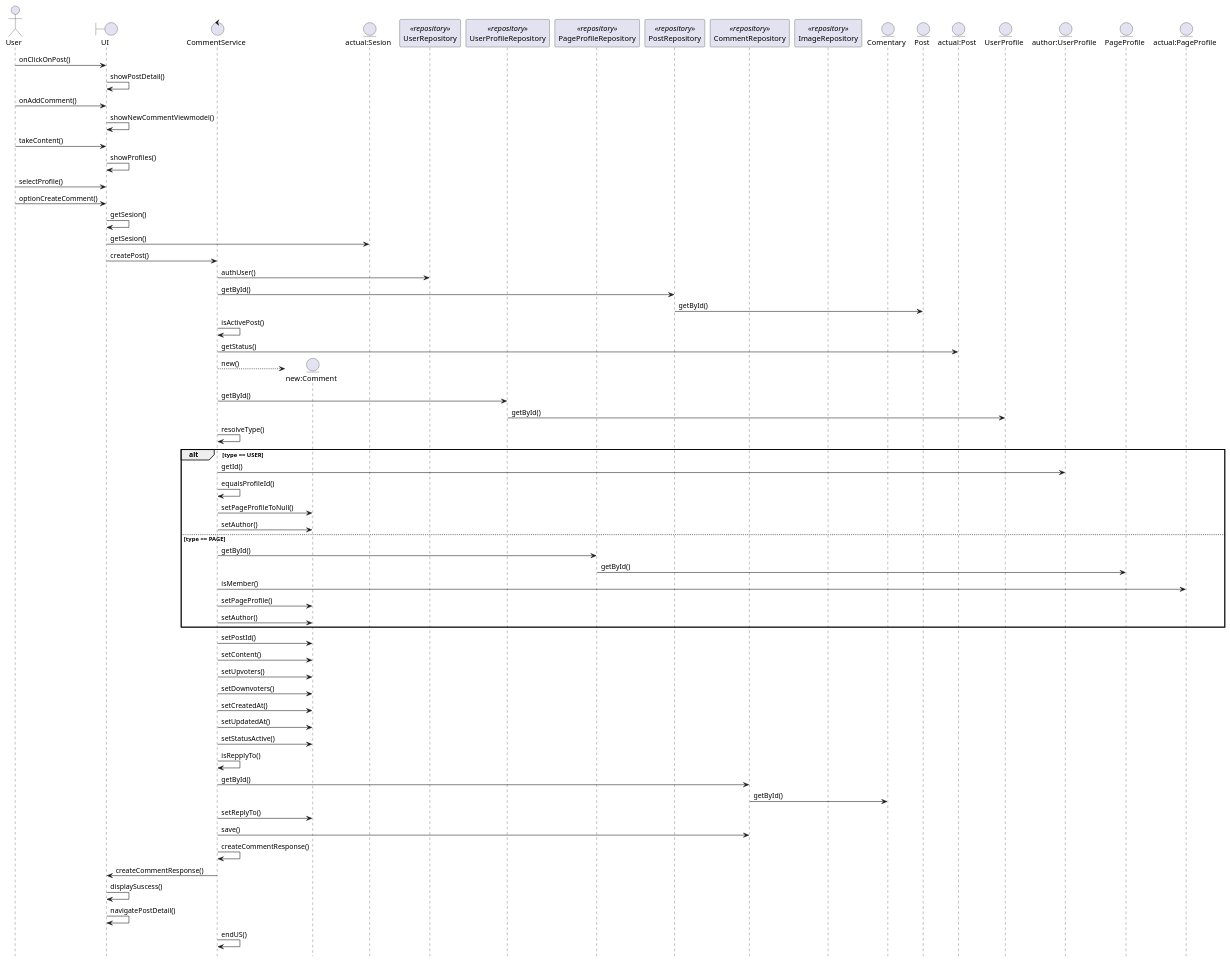
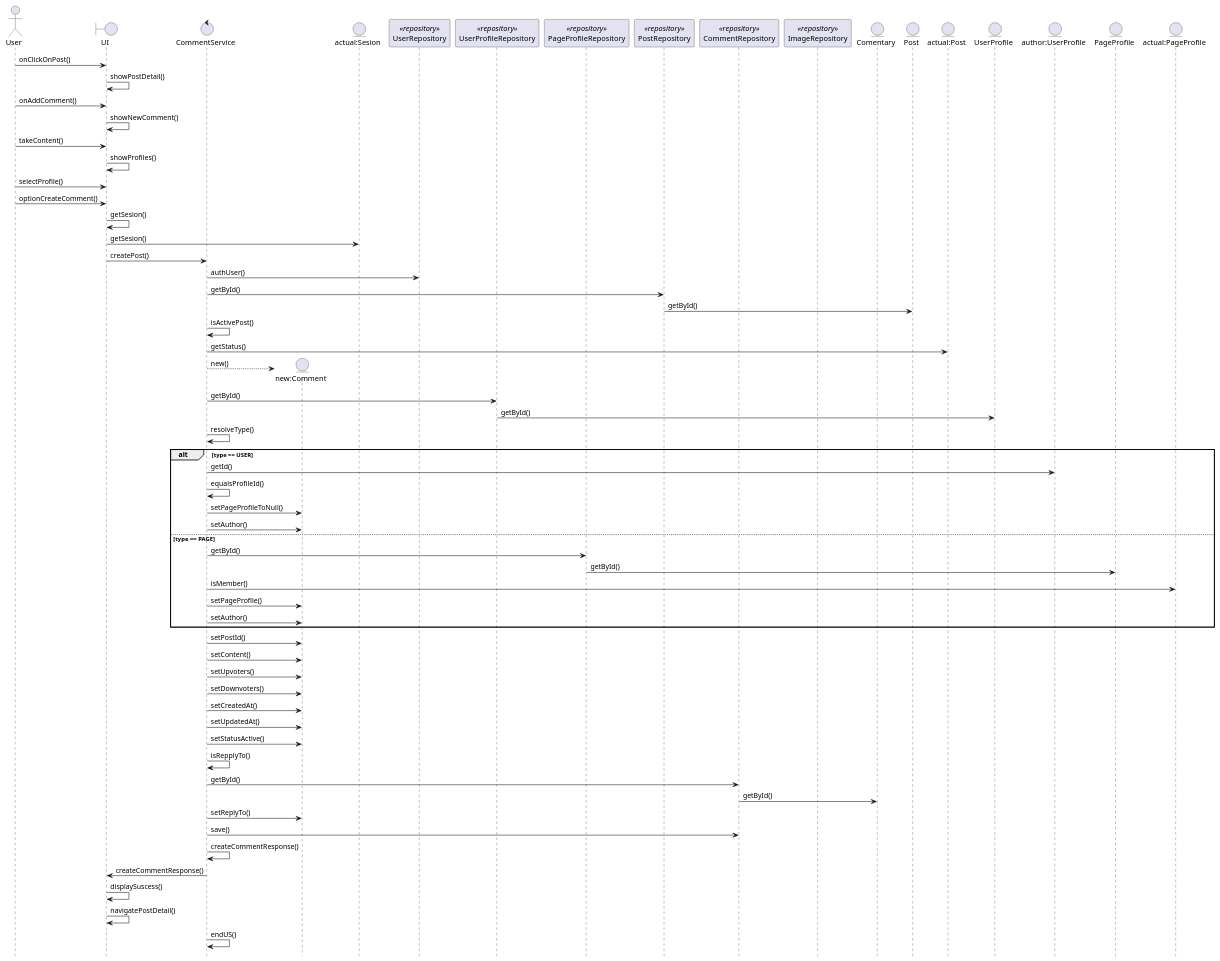
The diagram in create-comment-sequence.puml (2piradrian/seminario-docs), drawn with PlantUML before and after one commit. The commit also changed 3 other files, not shown here.

Commit message:
Fix show names in sequences

```diff
--- a/create-comment-sequence.puml
+++ b/create-comment-sequence.puml
@@ -1,73 +1,73 @@
 @startuml
 actor User
 boundary "UI" as UI
 control "CommentService" as CS
 entity "new:Comment" as C
 entity "actual:Sesion" as S
 participant "UserRepository" as UR <<repository>>
 participant "UserProfileRepository" as UPR <<repository>>
 participant "PageProfileRepository" as PPR <<repository>>
 participant "PostRepository" as PTR <<repository>>
 participant "CommentRepository" as CR <<repository>>
 participant "ImageRepository" as IR <<repository>>
 entity "Comentary" as CE
 entity "Post" as PE
 entity "actual:Post" as AP
 entity "UserProfile" as UPE
 entity "author:UserProfile" as AUP
 entity "PageProfile" as PPE
 entity "actual:PageProfile" as APP
 
 User -> UI: onClickOnPost()
 UI -> UI: showPostDetail()
 User -> UI: onAddComment()
-UI -> UI: showNewCommentViewmodel()
+UI -> UI: showNewComment()
 User -> UI: takeContent()
 UI -> UI: showProfiles()
 User -> UI: selectProfile()
 User -> UI: optionCreateComment()
 UI -> UI: getSesion()
 UI -> S: getSesion()
 UI -> CS: createPost()
 CS -> UR: authUser()
 CS -> PTR: getById()
 PTR -> PE: getById()
 CS -> CS: isActivePost()
 CS -> AP: getStatus()
 create C
 CS --> C : new()
 CS -> UPR: getById()
 UPR -> UPE: getById()
 CS -> CS: resolveType()
 alt type == USER
     CS -> AUP: getId()
     CS -> CS: equalsProfileId()
     CS -> C: setPageProfileToNull()
     CS -> C: setAuthor() 
 else type == PAGE
     CS -> PPR: getById()
     PPR -> PPE: getById()
     CS -> APP: isMember()
     CS -> C: setPageProfile()
     CS -> C: setAuthor() 
 end
 CS -> C: setPostId()
 CS -> C: setContent()
 CS -> C: setUpvoters()
 CS -> C: setDownvoters()
 CS -> C: setCreatedAt()
 CS -> C: setUpdatedAt()
 CS -> C: setStatusActive()
 CS -> CS: isRepplyTo()
 CS -> CR: getById() 
 CR -> CE: getById()
 CS -> C: setReplyTo()
 CS -> CR: save()
 CS -> CS: createCommentResponse()
 CS -> UI: createCommentResponse()
 UI -> UI: displaySuscess()
 UI -> UI: navigatePostDetail()
 CS -> CS : endUS()
 
 hide footbox
 @enduml
```
